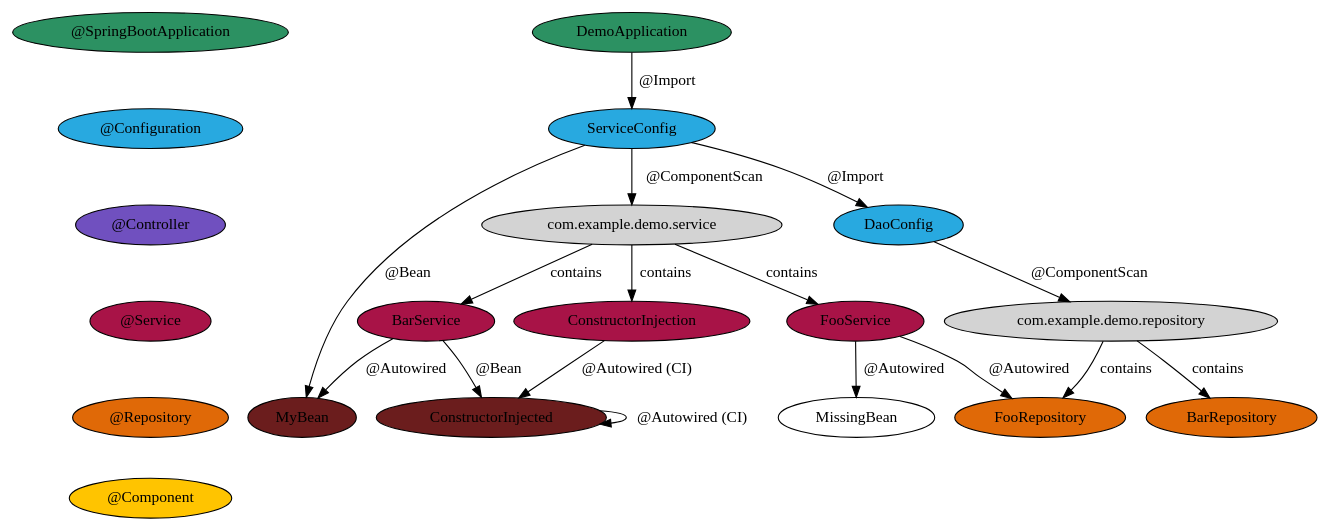
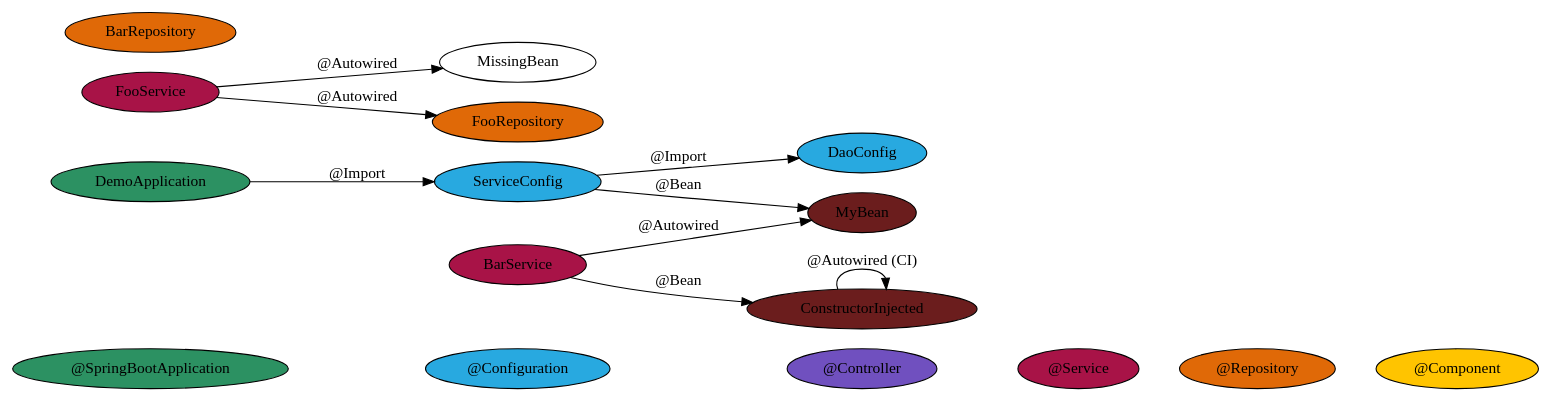
One commit to rudsvar/spring-visualizer changed the diagram in demo/example.dot. Above: the diagram before and after it, drawn with Graphviz. The commit also changed 1 other file, not shown here.

```diff
--- a/demo/example.dot
+++ b/demo/example.dot
@@ -1,45 +1,35 @@
 digraph Components {
+    rankdir=LR;
     # Legend
     "@SpringBootApplication" [fillcolor="#2c9162",style=filled];
     "@Configuration" [fillcolor="#28a9e0",style=filled];
     "@Controller" [fillcolor="#7050bf",style=filled];
     "@Service" [fillcolor="#a81347",style=filled];
     "@Repository" [fillcolor="#e06907",style=filled];
     "@Component" [fillcolor="#ffc400",style=filled];
 
     # Align legend
     "@SpringBootApplication" -> "@Configuration" [style=invis];
     "@Configuration" -> "@Controller" [style=invis];
     "@Controller" -> "@Service" [style=invis];
     "@Service" -> "@Repository" [style=invis];
     "@Repository" -> "@Component" [style=invis];
 
     DemoApplication [fillcolor="#2c9162"style=filled];
     DemoApplication -> ServiceConfig [label="@Import"];
-    ConstructorInjection [fillcolor="#a81347"style=filled];
-    ConstructorInjection -> ConstructorInjected [label="@Autowired (CI)"];
     BarService [fillcolor="#a81347"style=filled];
     BarService -> MyBean [label="@Autowired"];
     ConstructorInjected [fillcolor="#6b1d1d",style=filled];
     BarService -> ConstructorInjected [label="@Bean"];
     ConstructorInjected -> ConstructorInjected [label="@Autowired (CI)"];
     FooService [fillcolor="#a81347"style=filled];
     FooService -> MissingBean [label="@Autowired"];
     FooService -> FooRepository [label="@Autowired"];
     ServiceConfig [fillcolor="#28a9e0"style=filled];
     ServiceConfig -> DaoConfig [label="@Import"];
-    "com.example.demo.service" [style=filled];
-    "ServiceConfig" -> "com.example.demo.service" [label="@ComponentScan"];
-    "com.example.demo.service" -> ConstructorInjection [label=contains];
-    "com.example.demo.service" -> BarService [label=contains];
-    "com.example.demo.service" -> FooService [label=contains];
     MyBean [fillcolor="#6b1d1d",style=filled];
     ServiceConfig -> MyBean [label="@Bean"];
     BarRepository [fillcolor="#e06907"style=filled];
     FooRepository [fillcolor="#e06907"style=filled];
     DaoConfig [fillcolor="#28a9e0"style=filled];
-    "com.example.demo.repository" [style=filled];
-    "DaoConfig" -> "com.example.demo.repository" [label="@ComponentScan"];
-    "com.example.demo.repository" -> BarRepository [label=contains];
-    "com.example.demo.repository" -> FooRepository [label=contains];
 }
```
